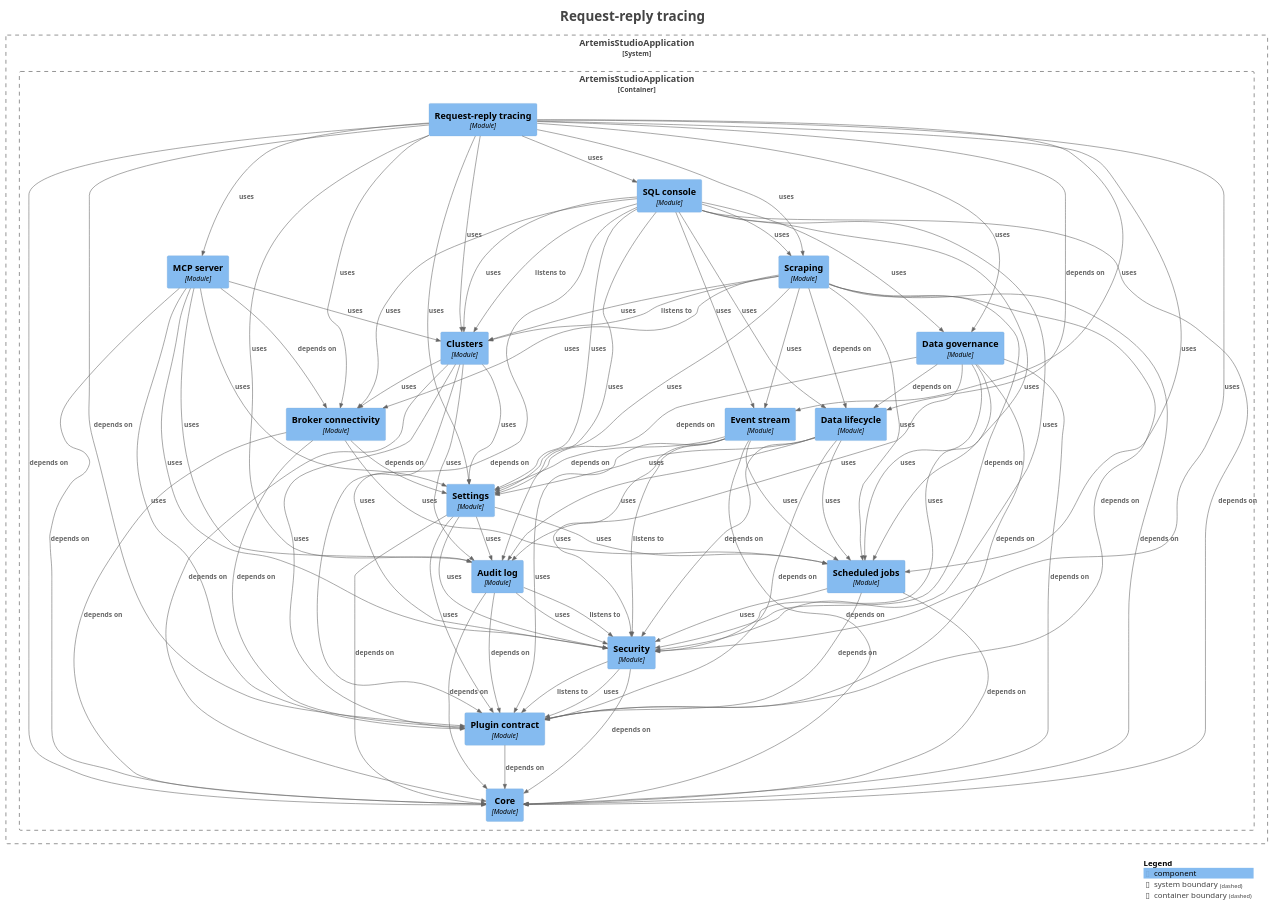
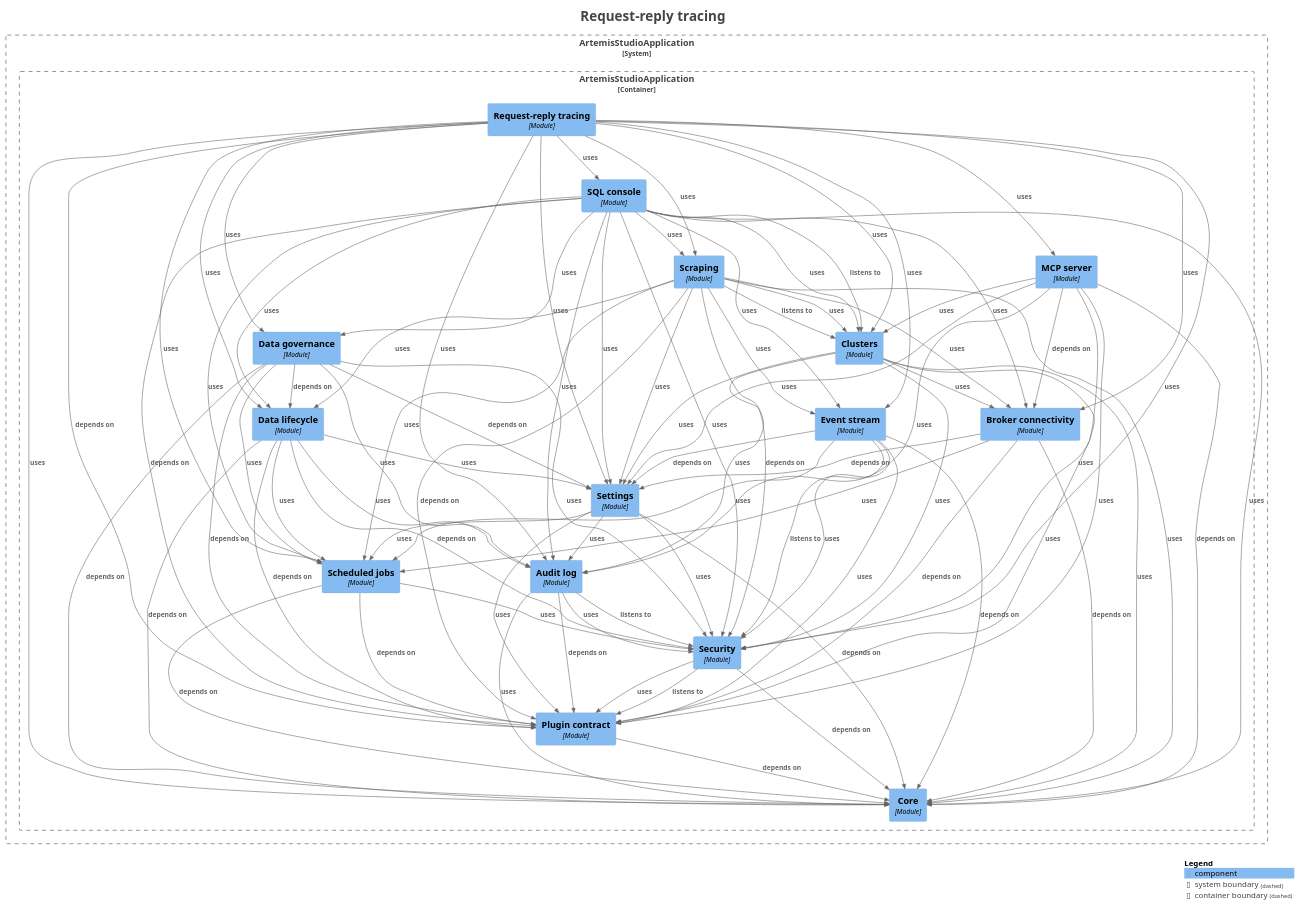
The diagram in docs/modules/module-feature.rr.puml (sudoitir/artemis-studio), drawn with PlantUML before and after one commit. The commit also changed 498 other files, not shown here.

```diff
--- a/docs/modules/module-feature.rr.puml
+++ b/docs/modules/module-feature.rr.puml
@@ -36,7 +36,7 @@
 
 }
 
-Rel(ArtemisStudioApplication.ArtemisStudioApplication.Auditlog, ArtemisStudioApplication.ArtemisStudioApplication.Core, "depends on", $techn="", $tags="", $link="")
+Rel(ArtemisStudioApplication.ArtemisStudioApplication.Auditlog, ArtemisStudioApplication.ArtemisStudioApplication.Core, "uses", $techn="", $tags="", $link="")
 Rel(ArtemisStudioApplication.ArtemisStudioApplication.Auditlog, ArtemisStudioApplication.ArtemisStudioApplication.Plugincontract, "depends on", $techn="", $tags="", $link="")
 Rel(ArtemisStudioApplication.ArtemisStudioApplication.Auditlog, ArtemisStudioApplication.ArtemisStudioApplication.Security, "listens to", $techn="", $tags="", $link="")
 Rel(ArtemisStudioApplication.ArtemisStudioApplication.Auditlog, ArtemisStudioApplication.ArtemisStudioApplication.Security, "uses", $techn="", $tags="", $link="")
@@ -46,7 +46,7 @@
 Rel(ArtemisStudioApplication.ArtemisStudioApplication.Brokerconnectivity, ArtemisStudioApplication.ArtemisStudioApplication.Settings, "depends on", $techn="", $tags="", $link="")
 Rel(ArtemisStudioApplication.ArtemisStudioApplication.Clusters, ArtemisStudioApplication.ArtemisStudioApplication.Auditlog, "uses", $techn="", $tags="", $link="")
 Rel(ArtemisStudioApplication.ArtemisStudioApplication.Clusters, ArtemisStudioApplication.ArtemisStudioApplication.Brokerconnectivity, "uses", $techn="", $tags="", $link="")
-Rel(ArtemisStudioApplication.ArtemisStudioApplication.Clusters, ArtemisStudioApplication.ArtemisStudioApplication.Core, "depends on", $techn="", $tags="", $link="")
+Rel(ArtemisStudioApplication.ArtemisStudioApplication.Clusters, ArtemisStudioApplication.ArtemisStudioApplication.Core, "uses", $techn="", $tags="", $link="")
 Rel(ArtemisStudioApplication.ArtemisStudioApplication.Clusters, ArtemisStudioApplication.ArtemisStudioApplication.Plugincontract, "uses", $techn="", $tags="", $link="")
 Rel(ArtemisStudioApplication.ArtemisStudioApplication.Clusters, ArtemisStudioApplication.ArtemisStudioApplication.Security, "uses", $techn="", $tags="", $link="")
 Rel(ArtemisStudioApplication.ArtemisStudioApplication.Clusters, ArtemisStudioApplication.ArtemisStudioApplication.Settings, "uses", $techn="", $tags="", $link="")
@@ -58,6 +58,7 @@
 Rel(ArtemisStudioApplication.ArtemisStudioApplication.Datagovernance, ArtemisStudioApplication.ArtemisStudioApplication.Security, "uses", $techn="", $tags="", $link="")
 Rel(ArtemisStudioApplication.ArtemisStudioApplication.Datagovernance, ArtemisStudioApplication.ArtemisStudioApplication.Settings, "depends on", $techn="", $tags="", $link="")
 Rel(ArtemisStudioApplication.ArtemisStudioApplication.Datalifecycle, ArtemisStudioApplication.ArtemisStudioApplication.Auditlog, "uses", $techn="", $tags="", $link="")
+Rel(ArtemisStudioApplication.ArtemisStudioApplication.Datalifecycle, ArtemisStudioApplication.ArtemisStudioApplication.Core, "depends on", $techn="", $tags="", $link="")
 Rel(ArtemisStudioApplication.ArtemisStudioApplication.Datalifecycle, ArtemisStudioApplication.ArtemisStudioApplication.Plugincontract, "depends on", $techn="", $tags="", $link="")
 Rel(ArtemisStudioApplication.ArtemisStudioApplication.Datalifecycle, ArtemisStudioApplication.ArtemisStudioApplication.Scheduledjobs, "uses", $techn="", $tags="", $link="")
 Rel(ArtemisStudioApplication.ArtemisStudioApplication.Datalifecycle, ArtemisStudioApplication.ArtemisStudioApplication.Security, "depends on", $techn="", $tags="", $link="")
@@ -79,9 +80,9 @@
 Rel(ArtemisStudioApplication.ArtemisStudioApplication.Requestreplytracing, ArtemisStudioApplication.ArtemisStudioApplication.Auditlog, "uses", $techn="", $tags="", $link="")
 Rel(ArtemisStudioApplication.ArtemisStudioApplication.Requestreplytracing, ArtemisStudioApplication.ArtemisStudioApplication.Brokerconnectivity, "uses", $techn="", $tags="", $link="")
 Rel(ArtemisStudioApplication.ArtemisStudioApplication.Requestreplytracing, ArtemisStudioApplication.ArtemisStudioApplication.Clusters, "uses", $techn="", $tags="", $link="")
-Rel(ArtemisStudioApplication.ArtemisStudioApplication.Requestreplytracing, ArtemisStudioApplication.ArtemisStudioApplication.Core, "depends on", $techn="", $tags="", $link="")
+Rel(ArtemisStudioApplication.ArtemisStudioApplication.Requestreplytracing, ArtemisStudioApplication.ArtemisStudioApplication.Core, "uses", $techn="", $tags="", $link="")
 Rel(ArtemisStudioApplication.ArtemisStudioApplication.Requestreplytracing, ArtemisStudioApplication.ArtemisStudioApplication.Datagovernance, "uses", $techn="", $tags="", $link="")
-Rel(ArtemisStudioApplication.ArtemisStudioApplication.Requestreplytracing, ArtemisStudioApplication.ArtemisStudioApplication.Datalifecycle, "depends on", $techn="", $tags="", $link="")
+Rel(ArtemisStudioApplication.ArtemisStudioApplication.Requestreplytracing, ArtemisStudioApplication.ArtemisStudioApplication.Datalifecycle, "uses", $techn="", $tags="", $link="")
 Rel(ArtemisStudioApplication.ArtemisStudioApplication.Requestreplytracing, ArtemisStudioApplication.ArtemisStudioApplication.Eventstream, "uses", $techn="", $tags="", $link="")
 Rel(ArtemisStudioApplication.ArtemisStudioApplication.Requestreplytracing, ArtemisStudioApplication.ArtemisStudioApplication.MCPserver, "uses", $techn="", $tags="", $link="")
 Rel(ArtemisStudioApplication.ArtemisStudioApplication.Requestreplytracing, ArtemisStudioApplication.ArtemisStudioApplication.Plugincontract, "depends on", $techn="", $tags="", $link="")
@@ -94,7 +95,7 @@
 Rel(ArtemisStudioApplication.ArtemisStudioApplication.SQLconsole, ArtemisStudioApplication.ArtemisStudioApplication.Brokerconnectivity, "uses", $techn="", $tags="", $link="")
 Rel(ArtemisStudioApplication.ArtemisStudioApplication.SQLconsole, ArtemisStudioApplication.ArtemisStudioApplication.Clusters, "listens to", $techn="", $tags="", $link="")
 Rel(ArtemisStudioApplication.ArtemisStudioApplication.SQLconsole, ArtemisStudioApplication.ArtemisStudioApplication.Clusters, "uses", $techn="", $tags="", $link="")
-Rel(ArtemisStudioApplication.ArtemisStudioApplication.SQLconsole, ArtemisStudioApplication.ArtemisStudioApplication.Core, "depends on", $techn="", $tags="", $link="")
+Rel(ArtemisStudioApplication.ArtemisStudioApplication.SQLconsole, ArtemisStudioApplication.ArtemisStudioApplication.Core, "uses", $techn="", $tags="", $link="")
 Rel(ArtemisStudioApplication.ArtemisStudioApplication.SQLconsole, ArtemisStudioApplication.ArtemisStudioApplication.Datagovernance, "uses", $techn="", $tags="", $link="")
 Rel(ArtemisStudioApplication.ArtemisStudioApplication.SQLconsole, ArtemisStudioApplication.ArtemisStudioApplication.Datalifecycle, "uses", $techn="", $tags="", $link="")
 Rel(ArtemisStudioApplication.ArtemisStudioApplication.SQLconsole, ArtemisStudioApplication.ArtemisStudioApplication.Eventstream, "uses", $techn="", $tags="", $link="")
@@ -109,8 +110,8 @@
 Rel(ArtemisStudioApplication.ArtemisStudioApplication.Scraping, ArtemisStudioApplication.ArtemisStudioApplication.Brokerconnectivity, "uses", $techn="", $tags="", $link="")
 Rel(ArtemisStudioApplication.ArtemisStudioApplication.Scraping, ArtemisStudioApplication.ArtemisStudioApplication.Clusters, "listens to", $techn="", $tags="", $link="")
 Rel(ArtemisStudioApplication.ArtemisStudioApplication.Scraping, ArtemisStudioApplication.ArtemisStudioApplication.Clusters, "uses", $techn="", $tags="", $link="")
-Rel(ArtemisStudioApplication.ArtemisStudioApplication.Scraping, ArtemisStudioApplication.ArtemisStudioApplication.Core, "depends on", $techn="", $tags="", $link="")
-Rel(ArtemisStudioApplication.ArtemisStudioApplication.Scraping, ArtemisStudioApplication.ArtemisStudioApplication.Datalifecycle, "depends on", $techn="", $tags="", $link="")
+Rel(ArtemisStudioApplication.ArtemisStudioApplication.Scraping, ArtemisStudioApplication.ArtemisStudioApplication.Core, "uses", $techn="", $tags="", $link="")
+Rel(ArtemisStudioApplication.ArtemisStudioApplication.Scraping, ArtemisStudioApplication.ArtemisStudioApplication.Datalifecycle, "uses", $techn="", $tags="", $link="")
 Rel(ArtemisStudioApplication.ArtemisStudioApplication.Scraping, ArtemisStudioApplication.ArtemisStudioApplication.Eventstream, "uses", $techn="", $tags="", $link="")
 Rel(ArtemisStudioApplication.ArtemisStudioApplication.Scraping, ArtemisStudioApplication.ArtemisStudioApplication.Plugincontract, "depends on", $techn="", $tags="", $link="")
 Rel(ArtemisStudioApplication.ArtemisStudioApplication.Scraping, ArtemisStudioApplication.ArtemisStudioApplication.Scheduledjobs, "uses", $techn="", $tags="", $link="")
```
